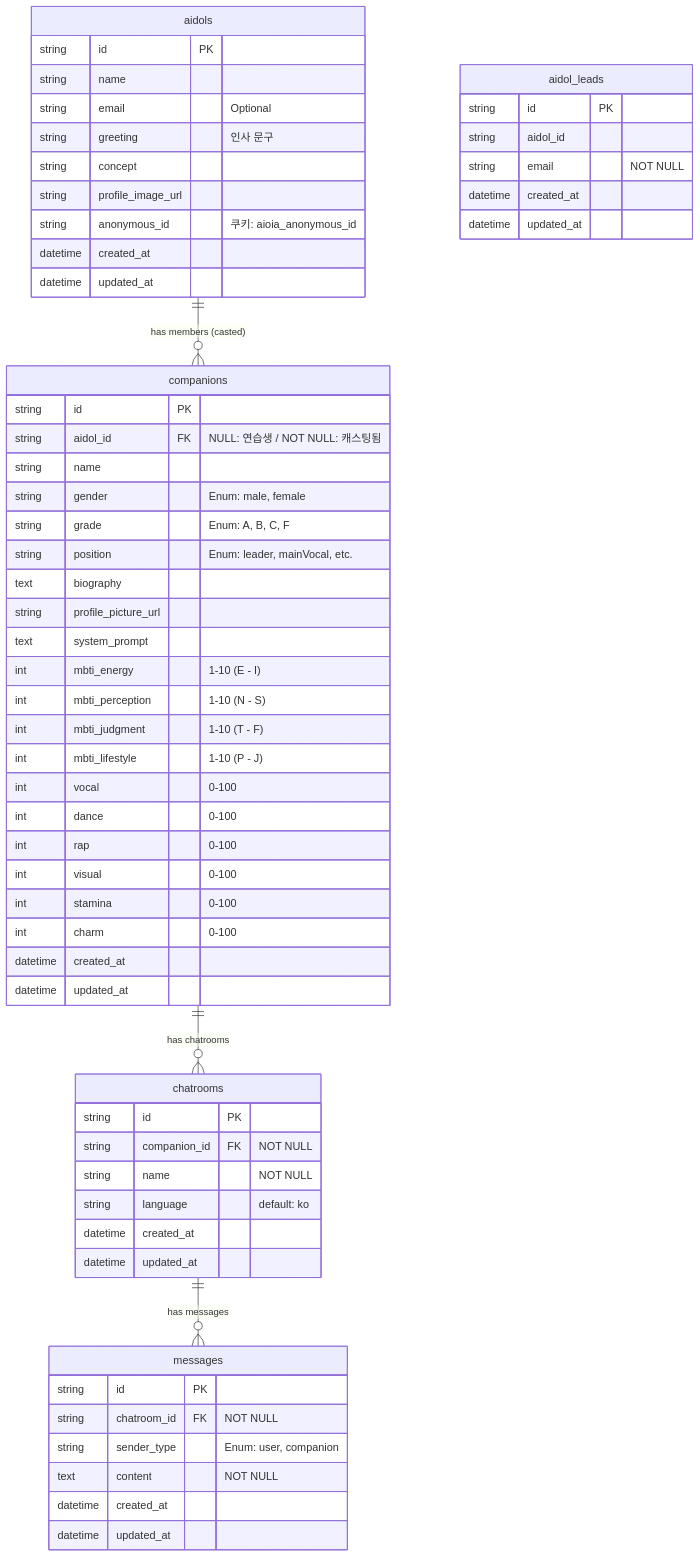
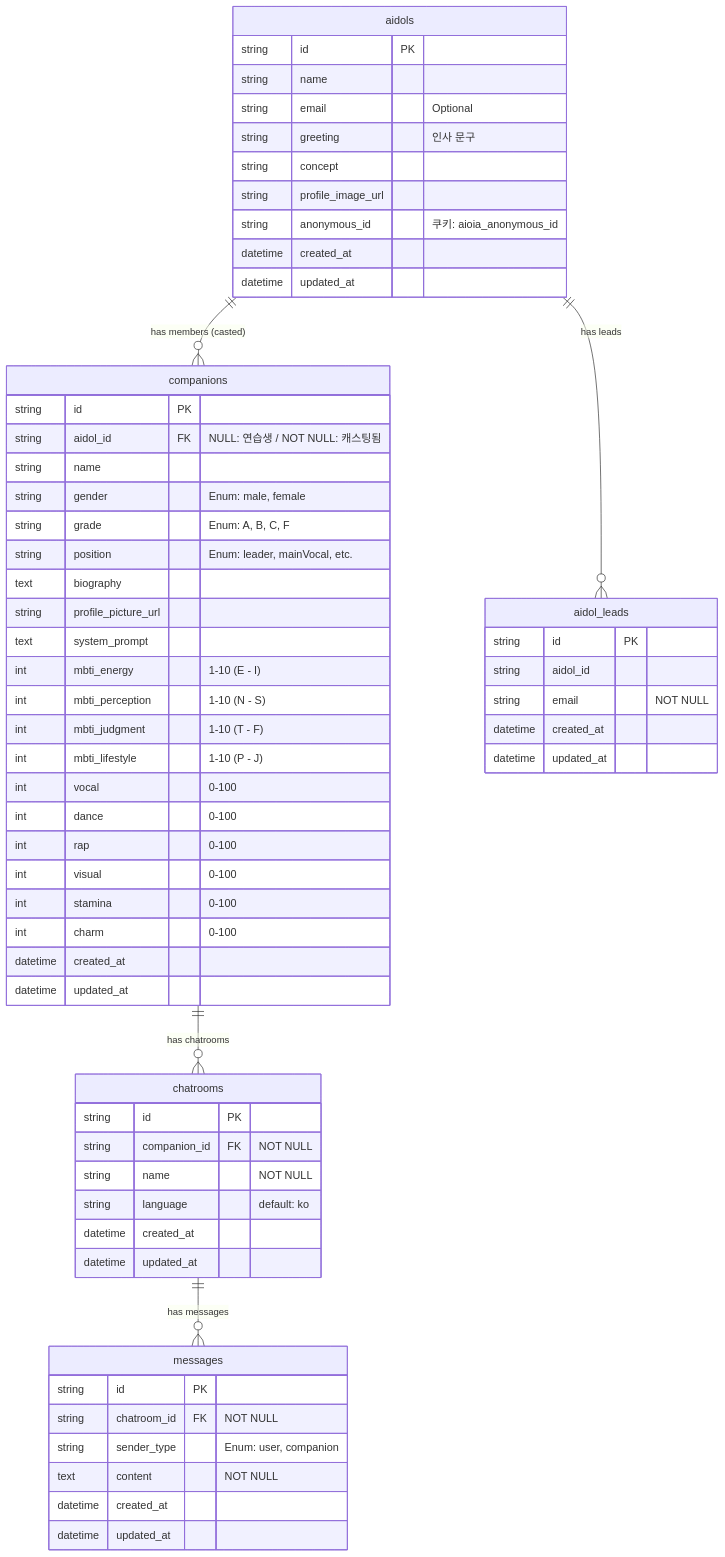
One commit to algorima/aidol-docs changed the diagram in 04_development/erd/20260115__aidol-erd__draft__v0.1__yw.md. Above: the diagram before and after it, drawn with Mermaid.

Commit message:
aidols와 aidol_leads 일대다 관계로 수정

````diff
--- a/04_development/erd/20260115__aidol-erd__draft__v0.1__yw.md
+++ b/04_development/erd/20260115__aidol-erd__draft__v0.1__yw.md
@@ -9,68 +9,69 @@
 ```mermaid
 erDiagram
     aidols ||--o{ companions : "has members (casted)"
     companions ||--o{ chatrooms : "has chatrooms"
     chatrooms ||--o{ messages : "has messages"
+    aidols ||--o{ aidol_leads : "has leads"
 
     aidols {
         string id PK
         string name
         string email "Optional"
         string greeting "인사 문구"
         string concept
         string profile_image_url
         string anonymous_id "쿠키: aioia_anonymous_id"
         datetime created_at
         datetime updated_at
     }
 
     companions {
         string id PK
         string aidol_id FK "NULL: 연습생 / NOT NULL: 캐스팅됨"
         string name
         string gender "Enum: male, female"
         string grade "Enum: A, B, C, F"
         string position "Enum: leader, mainVocal, etc."
         text biography
         string profile_picture_url
         text system_prompt
         int mbti_energy "1-10 (E - I)"
         int mbti_perception "1-10 (N - S)"
         int mbti_judgment "1-10 (T - F)"
         int mbti_lifestyle "1-10 (P - J)"
         int vocal "0-100"
         int dance "0-100"
         int rap "0-100"
         int visual "0-100"
         int stamina "0-100"
         int charm "0-100"
         datetime created_at
         datetime updated_at
     }
 
     chatrooms {
         string id PK
         string companion_id FK "NOT NULL"
         string name "NOT NULL"
         string language "default: ko"
         datetime created_at
         datetime updated_at
     }
 
     messages {
         string id PK
         string chatroom_id FK "NOT NULL"
         string sender_type "Enum: user, companion"
         text content "NOT NULL"
         datetime created_at
         datetime updated_at
     }
 
     aidol_leads {
         string id PK
         string aidol_id
         string email "NOT NULL"
         datetime created_at
         datetime updated_at
     }
 ```
````
